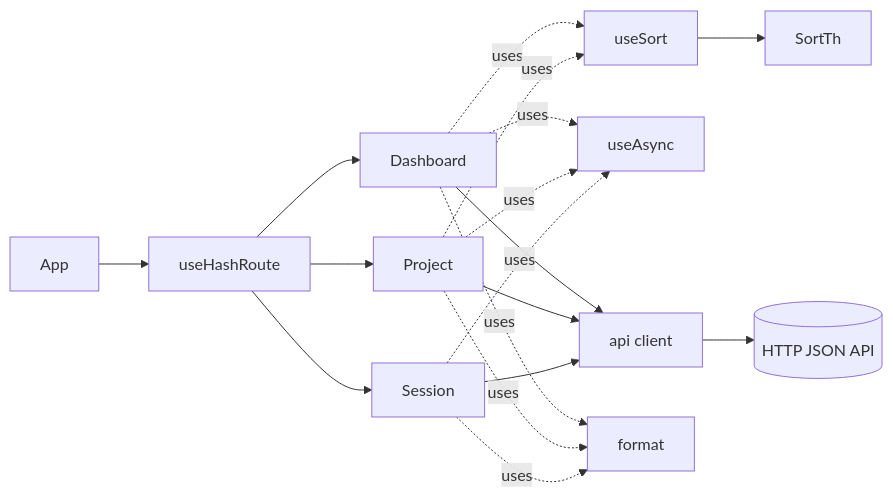
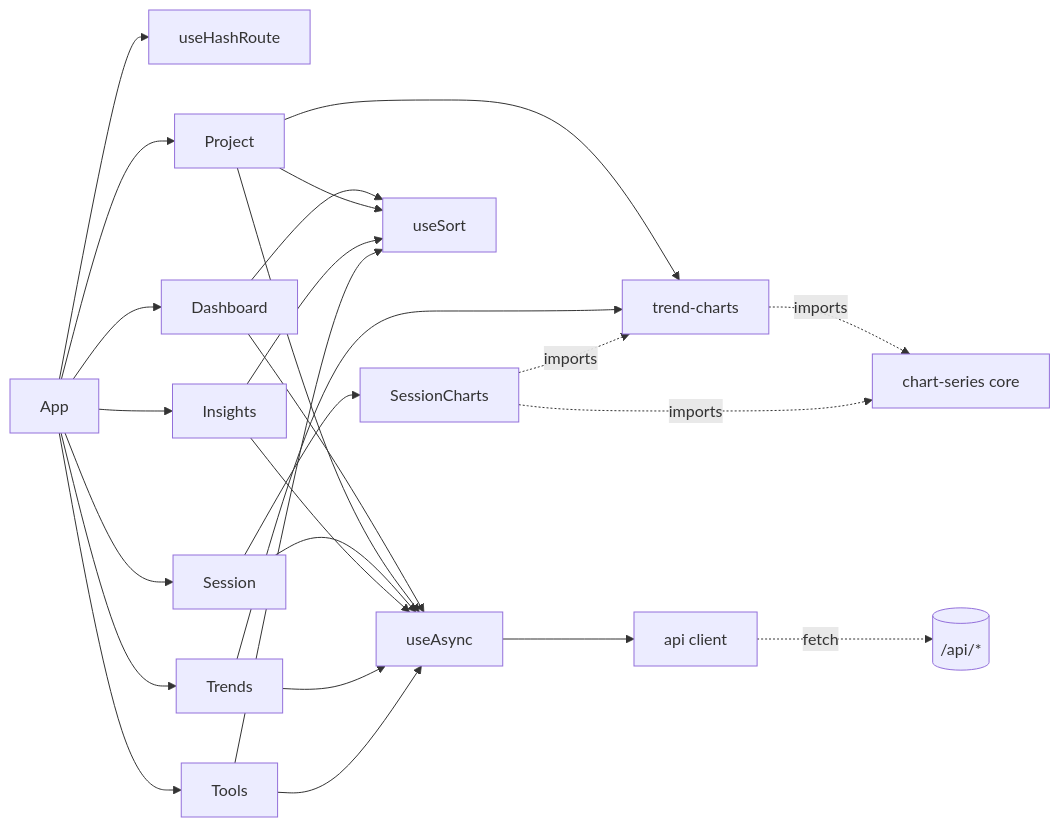
The first of 2 diagrams in wiki/6-web-spa-frontend.md (yorch/cc-analyzer), drawn with Mermaid before and after one commit. The commit also changed other lines of this file and 19 other files, not shown here.

````diff
--- a/wiki/6-web-spa-frontend.md
+++ b/wiki/6-web-spa-frontend.md
@@ -28,23 +35,31 @@
 ```mermaid
 flowchart LR
     App[App] --> Router[useHashRoute]
-    Router --> Dashboard
-    Router --> Project
-    Router --> Session
+    App --> Dashboard
+    App --> Project
+    App --> Session
+    App --> Insights
+    App --> Trends
+    App --> Tools
 
-    Dashboard --> api[api client]
-    Project --> api
-    Session --> api
+    Dashboard --> useAsync
+    Project --> useAsync
+    Session --> useAsync
+    Insights --> useAsync
+    Trends --> useAsync
+    Tools --> useAsync
+    useAsync --> api[api client]
+    api -.fetch.-> HTTP[(/api/*)]
 
-    Dashboard -.uses.-> useAsync
-    Project -.uses.-> useAsync
-    Session -.uses.-> useAsync
-    Dashboard -.uses.-> useSort
-    Project -.uses.-> useSort
-    useSort --> SortTh
-    Dashboard -.uses.-> format
-    Project -.uses.-> format
-    Session -.uses.-> format
+    Dashboard --> useSort
+    Project --> useSort
+    Insights --> useSort
+    Tools --> useSort
 
-    api --> Server[(HTTP JSON API)]
+    Project --> trendCharts[trend-charts]
+    Trends --> trendCharts
+    Session --> SessionCharts
+    SessionCharts -.imports.-> trendCharts
+    trendCharts -.imports.-> series[chart-series core]
+    SessionCharts -.imports.-> series
 ```
````
